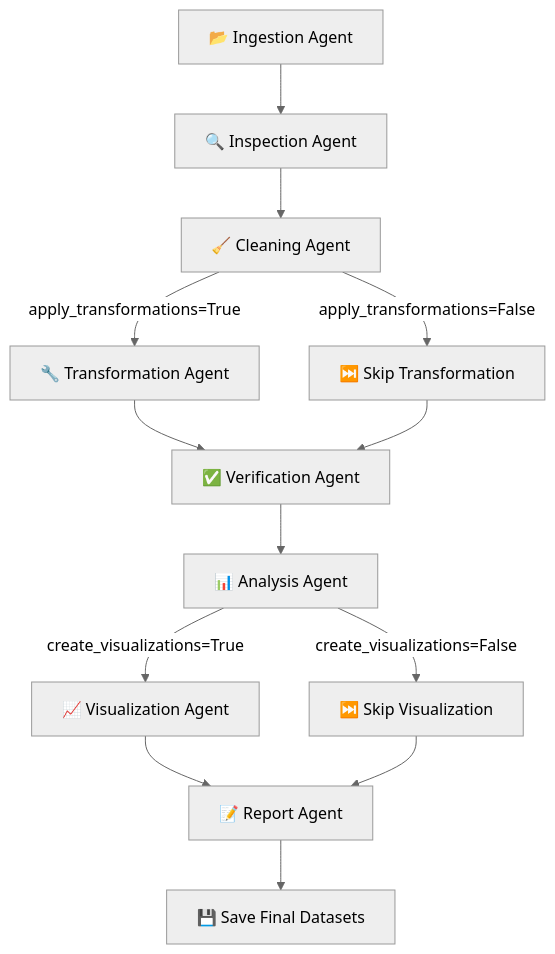
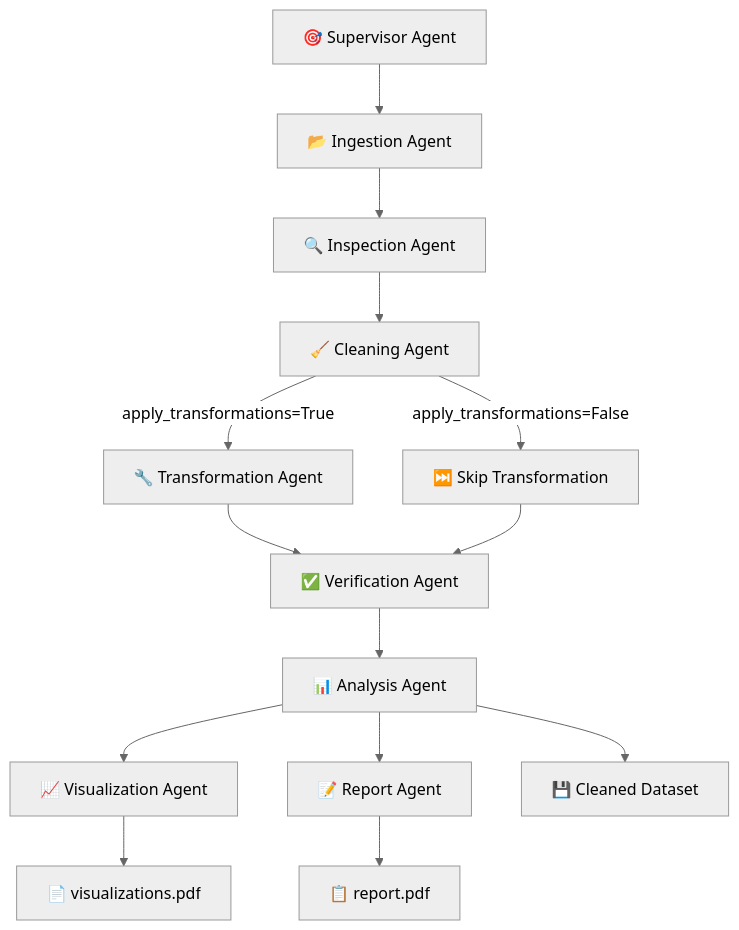
Before and after one commit to Shiva-Prasad-Naroju/RTGS-AI-Analyst: the diagram in README.md, drawn with Mermaid (neutral theme). The commit also changed other lines of this file and 38 other files, not shown here.

````diff
--- a/README.md
+++ b/README.md
@@ -30,15 +29,16 @@
 ```mermaid
 flowchart TD
-    A[📂 Ingestion Agent] --> B[🔍 Inspection Agent]
+    S[🎯 Supervisor Agent] --> A[📂 Ingestion Agent]
+    A --> B[🔍 Inspection Agent]
     B --> C[🧹 Cleaning Agent]
     C -->|apply_transformations=True| D[🔧 Transformation Agent]
     C -->|apply_transformations=False| E[⏭️ Skip Transformation]
     D --> F[✅ Verification Agent]
     E --> F[✅ Verification Agent]
     F --> G[📊 Analysis Agent]
-    G -->|create_visualizations=True| H[📈 Visualization Agent]
-    G -->|create_visualizations=False| I[⏭️ Skip Visualization]
-    H --> J[📝 Report Agent]
-    I --> J[📝 Report Agent]
-    J --> K[💾 Save Final Datasets]
+    G --> H[📈 Visualization Agent]
+    G --> J[📝 Report Agent]
+    G --> K[💾 Cleaned Dataset]
+    H --> L[📄 visualizations.pdf]
+    J --> M[📋 report.pdf]
 ```
````
